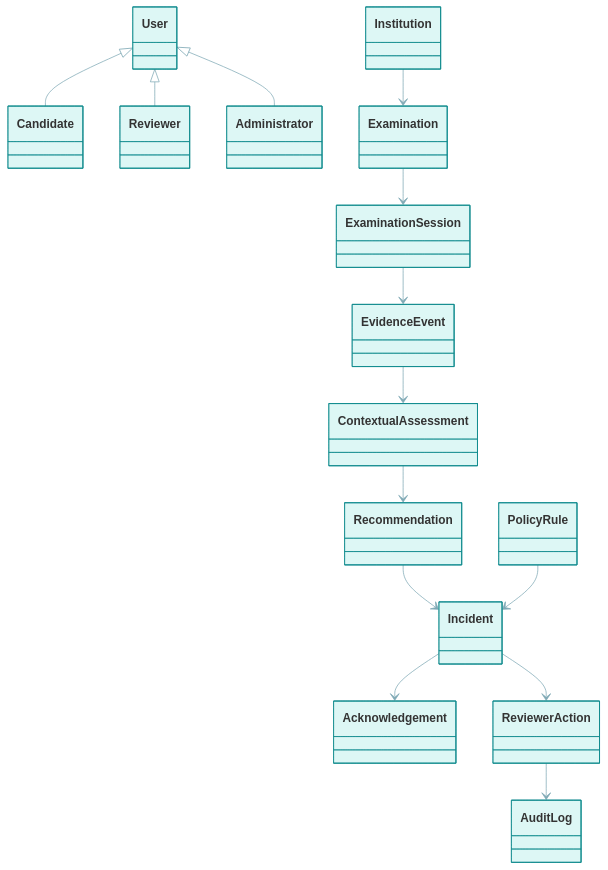
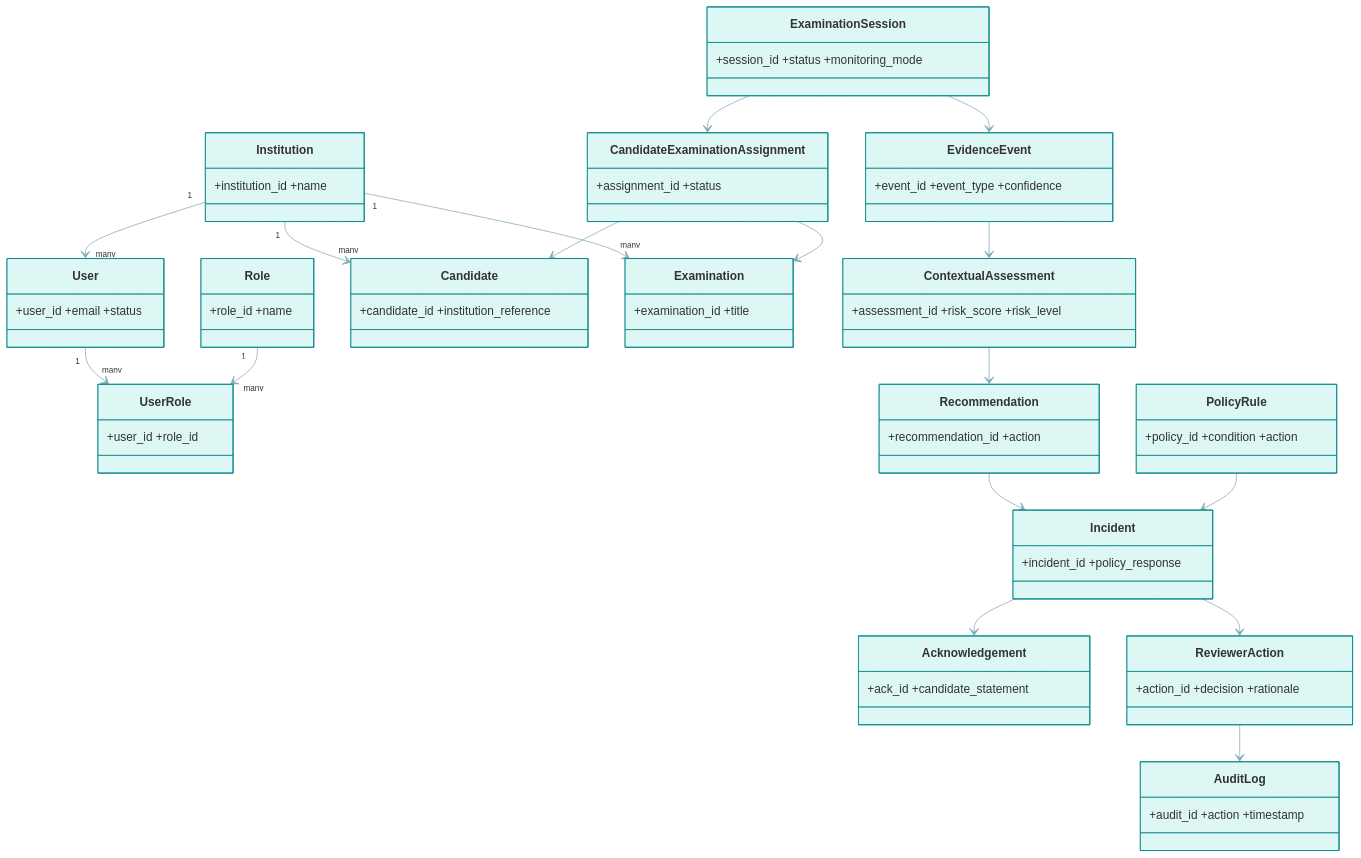
One commit to basil-emeokoro/SERPS changed the diagram in docs/dissertation/chapter3/uml/Figure3_16_Class_Diagram_of_SERPS.mmd. Above: the diagram before and after it, drawn with Mermaid. The commit also changed 141 other files, not shown here.

Commit message:
docs(ch3): remediate diagram visual quality

```diff
--- a/docs/dissertation/chapter3/uml/Figure3_16_Class_Diagram_of_SERPS.mmd
+++ b/docs/dissertation/chapter3/uml/Figure3_16_Class_Diagram_of_SERPS.mmd
@@ -1,15 +1,34 @@
 %%{init: {'theme': 'base', 'themeVariables': {'primaryColor': '#DDF7F5', 'primaryBorderColor': '#0F8B8D', 'lineColor': '#7FA9B5', 'fontFamily': 'Segoe UI, Arial'}}}%%
 classDiagram
-  User <|-- Candidate
-  User <|-- Reviewer
-  User <|-- Administrator
-  Institution --> Examination
-  Examination --> ExaminationSession
+  class Institution {+institution_id +name}
+  class User {+user_id +email +status}
+  class Role {+role_id +name}
+  class UserRole {+user_id +role_id}
+  class Candidate {+candidate_id +institution_reference}
+  class Examination {+examination_id +title}
+  class CandidateExaminationAssignment {+assignment_id +status}
+  class ExaminationSession {+session_id +status +monitoring_mode}
+  class EvidenceEvent {+event_id +event_type +confidence}
+  class ContextualAssessment {+assessment_id +risk_score +risk_level}
+  class Recommendation {+recommendation_id +action}
+  class PolicyRule {+policy_id +condition +action}
+  class Incident {+incident_id +policy_response}
+  class Acknowledgement {+ack_id +candidate_statement}
+  class ReviewerAction {+action_id +decision +rationale}
+  class AuditLog {+audit_id +action +timestamp}
+  Institution "1" --> "many" User
+  User "1" --> "many" UserRole
+  Role "1" --> "many" UserRole
+  Institution "1" --> "many" Candidate
+  Institution "1" --> "many" Examination
+  CandidateExaminationAssignment --> Candidate
+  CandidateExaminationAssignment --> Examination
+  ExaminationSession --> CandidateExaminationAssignment
   ExaminationSession --> EvidenceEvent
   EvidenceEvent --> ContextualAssessment
   ContextualAssessment --> Recommendation
   Recommendation --> Incident
   PolicyRule --> Incident
   Incident --> Acknowledgement
   Incident --> ReviewerAction
   ReviewerAction --> AuditLog
```
